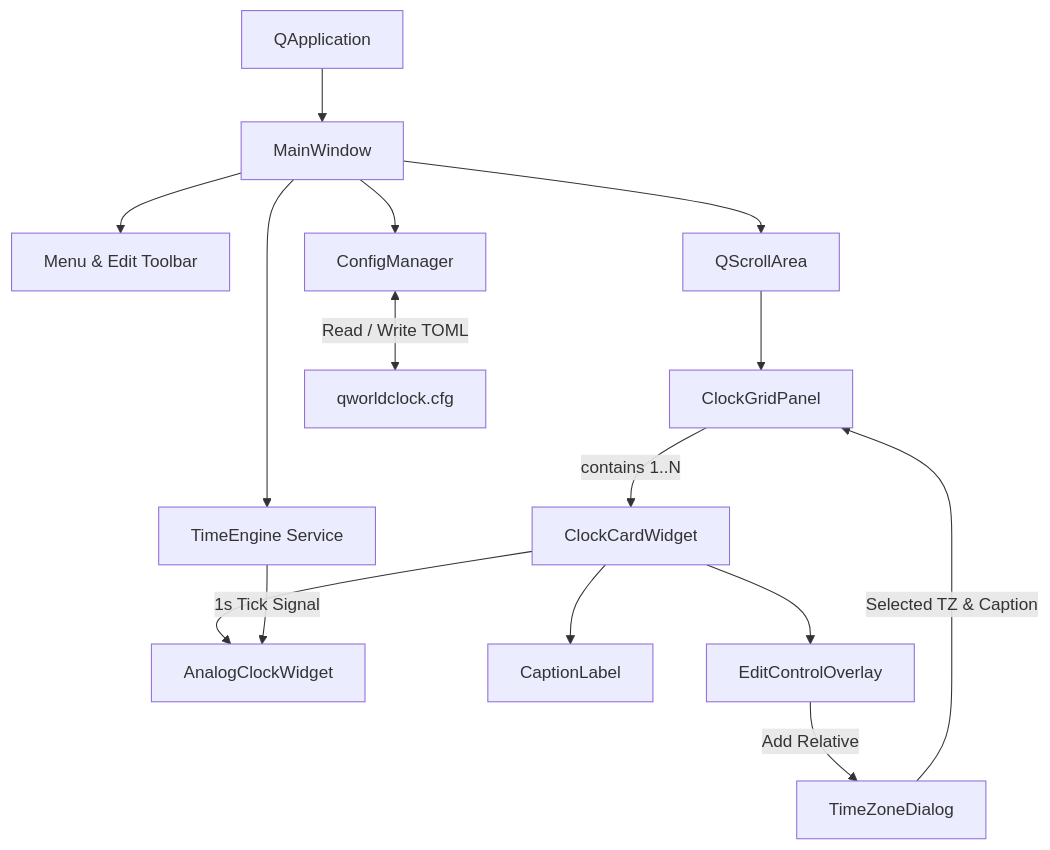
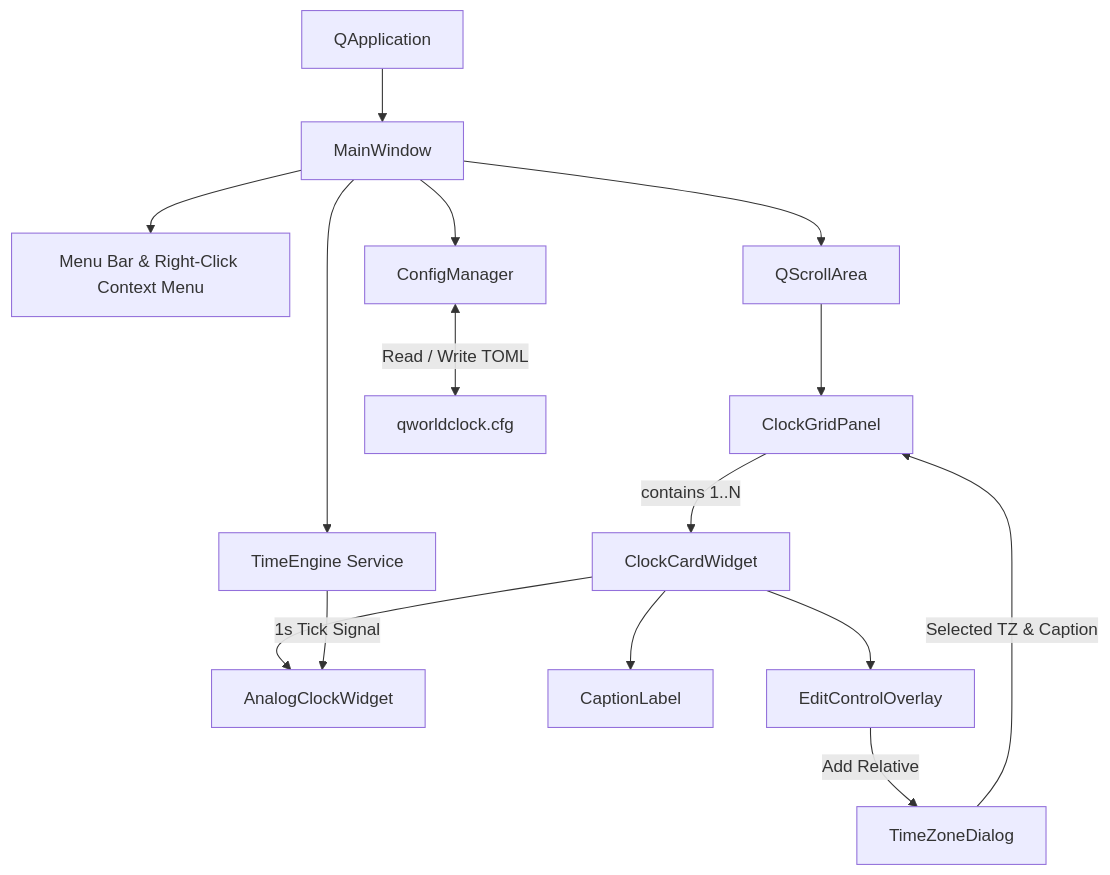
Before and after one commit to kgorelov/qworldclock: the first of 2 diagrams in doc/implementation_plan.md, drawn with Mermaid. The commit also changed other lines of this file and 2 other files, not shown here.

Commit message:
Right-click menu, eliminated toolbox

````diff
--- a/doc/implementation_plan.md
+++ b/doc/implementation_plan.md
@@ -31,20 +32,20 @@
 ```mermaid
 flowchart TD
     App[QApplication] --> MainWin[MainWindow]
-    MainWin --> MenuToolbar[Menu & Edit Toolbar]
+    MainWin --> MenuContext[Menu Bar & Right-Click Context Menu]
     MainWin --> ScrollArea[QScrollArea]
     ScrollArea --> GridPanel[ClockGridPanel]
     GridPanel -->|contains 1..N| ClockCard[ClockCardWidget]
     ClockCard --> ClockFace[AnalogClockWidget]
     ClockCard --> Caption[CaptionLabel]
     ClockCard --> EditOverlay[EditControlOverlay]
 
     MainWin --> ConfigMgr[ConfigManager]
     ConfigMgr <-->|Read / Write TOML| ConfigFile[qworldclock.cfg]
 
     MainWin --> TimeEngine[TimeEngine Service]
     TimeEngine -->|1s Tick Signal| ClockFace
 
     EditOverlay -->|Add Relative| TZDialog[TimeZoneDialog]
     TZDialog -->|Selected TZ & Caption| GridPanel
 ```
````
